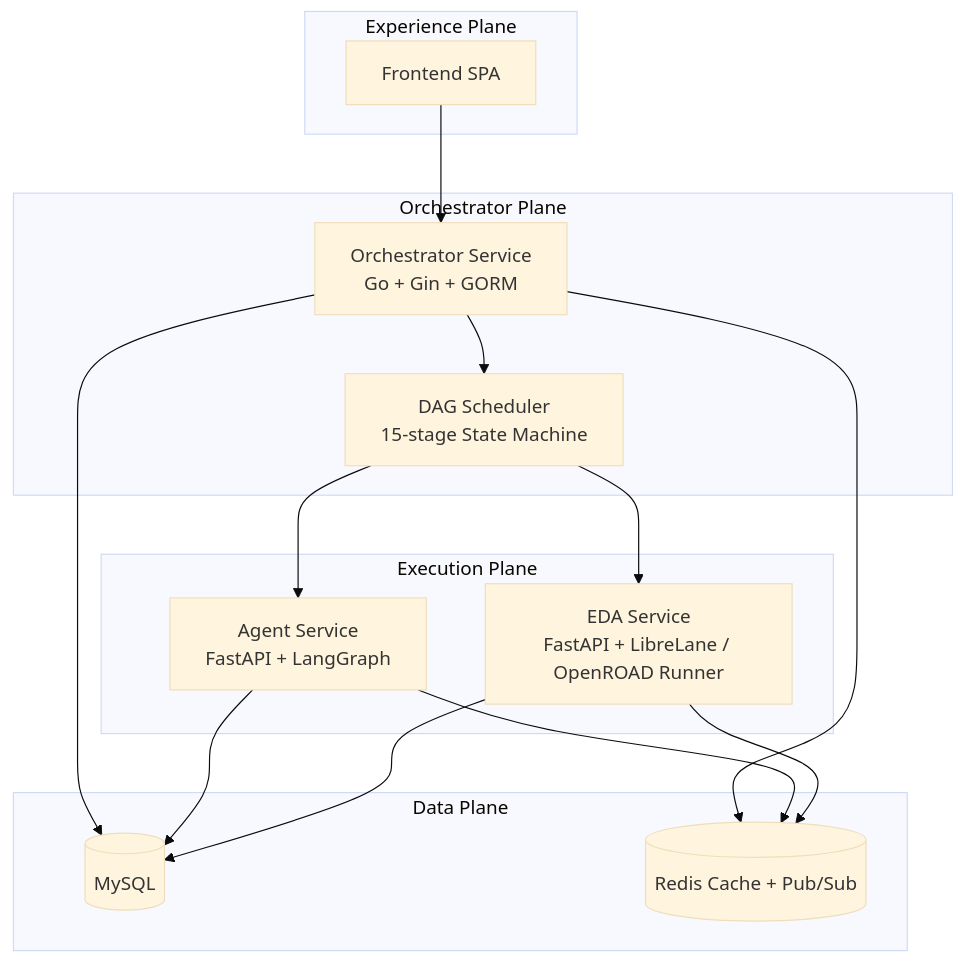
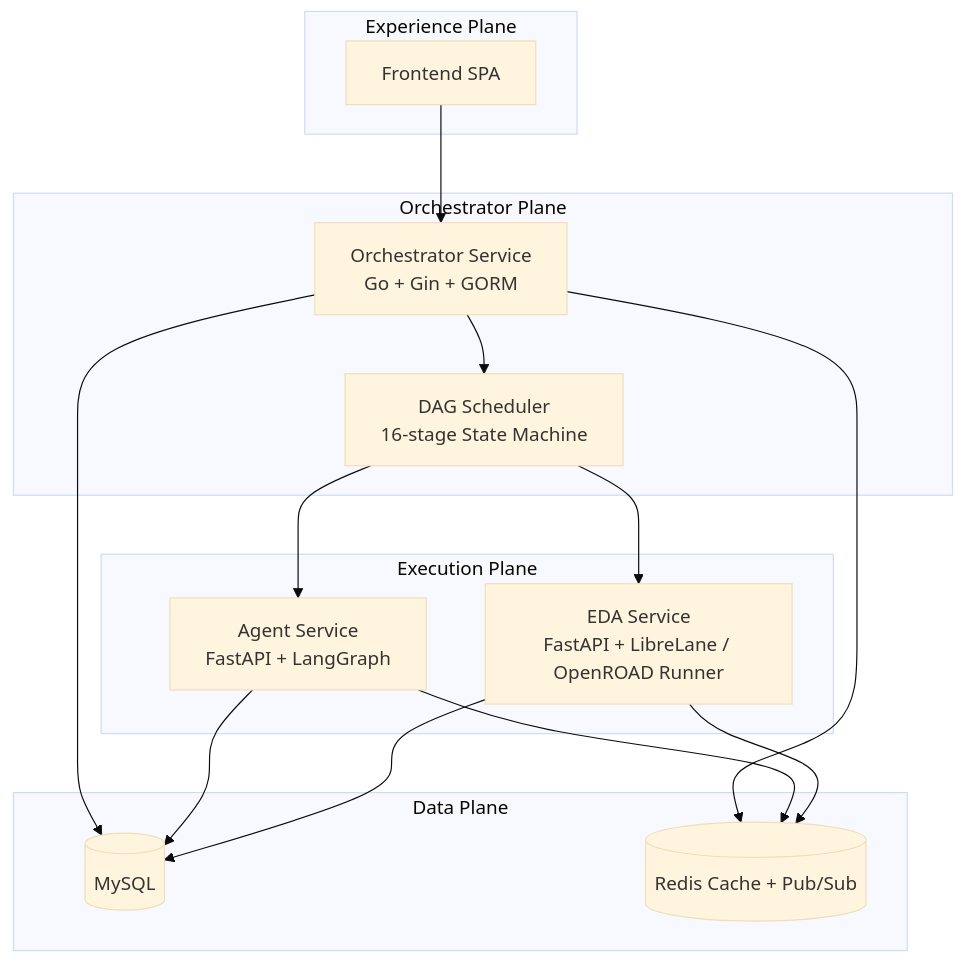
One commit to radhian/Chip-Orchestra changed the first of 2 diagrams in README.md. Above: the diagram before and after it, drawn with Mermaid (base theme). The commit also changed other lines of this file and 46 other files, not shown here.

````diff
--- a/README.md
+++ b/README.md
@@ -57,32 +59,32 @@
 ```mermaid
 flowchart TB
     subgraph EXP[Experience Plane]
         SPA[Frontend SPA]
     end
 
     subgraph OP[Orchestrator Plane]
         OPS[Orchestrator Service\nGo + Gin + GORM]
-        DAG[DAG Scheduler\n15-stage State Machine]
+        DAG[DAG Scheduler\n16-stage State Machine]
     end
 
     subgraph EXEC[Execution Plane]
         AG[Agent Service\nFastAPI + LangGraph]
         EDA[EDA Service\nFastAPI + LibreLane / OpenROAD Runner]
     end
 
     subgraph DATA[Data Plane]
         MYSQL[(MySQL)]
         REDIS[(Redis Cache + Pub/Sub)]
     end
 
     SPA --> OPS
     OPS --> DAG
     DAG --> AG
     DAG --> EDA
     OPS --> MYSQL
     OPS --> REDIS
     AG --> MYSQL
     AG --> REDIS
     EDA --> MYSQL
     EDA --> REDIS
 ```
````
